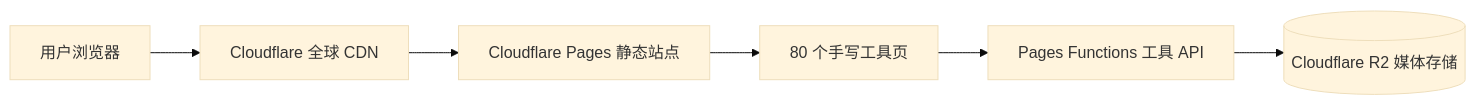
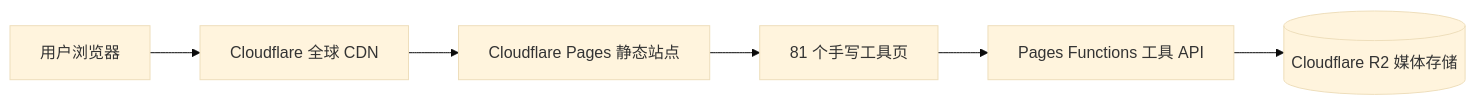
The diagram in README.md (YupenBob/clover-tools), drawn with Mermaid (base theme) before and after one commit. The commit also changed other lines of this file and 31 other files, not shown here.

````diff
--- a/README.md
+++ b/README.md
@@ -59,8 +62,8 @@
 ```mermaid
 flowchart LR
   U[用户浏览器] --> CF[Cloudflare 全球 CDN]
   CF --> P[Cloudflare Pages 静态站点]
-  P --> T[80 个手写工具页]
+  P --> T[81 个手写工具页]
   T --> F[Pages Functions 工具 API]
   F --> R2[(Cloudflare R2 媒体存储)]
 ```
````
